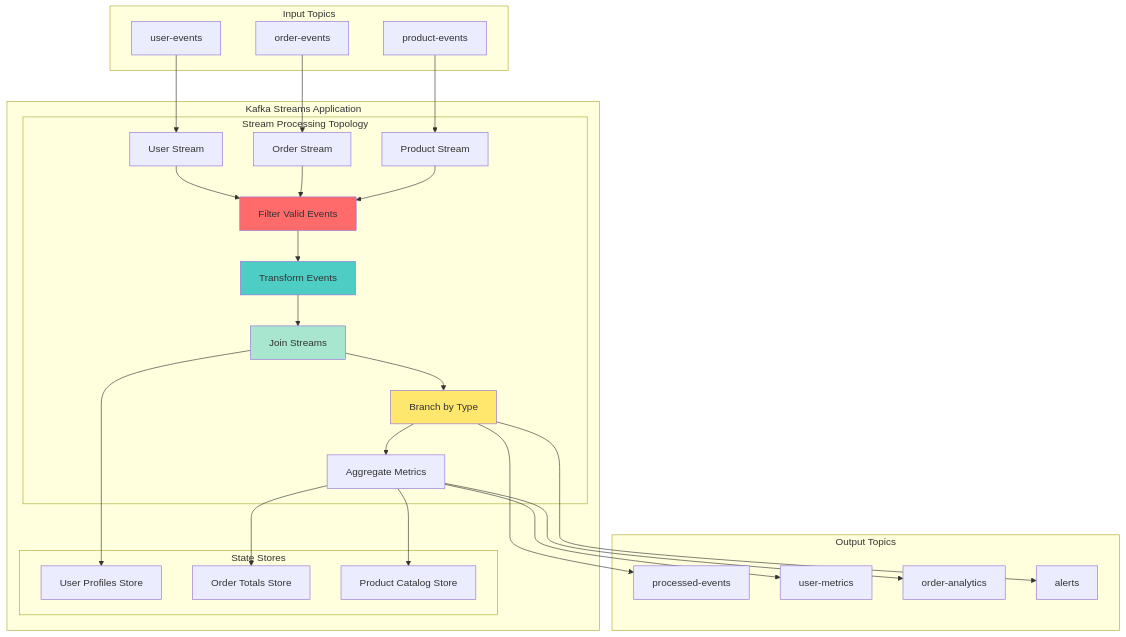
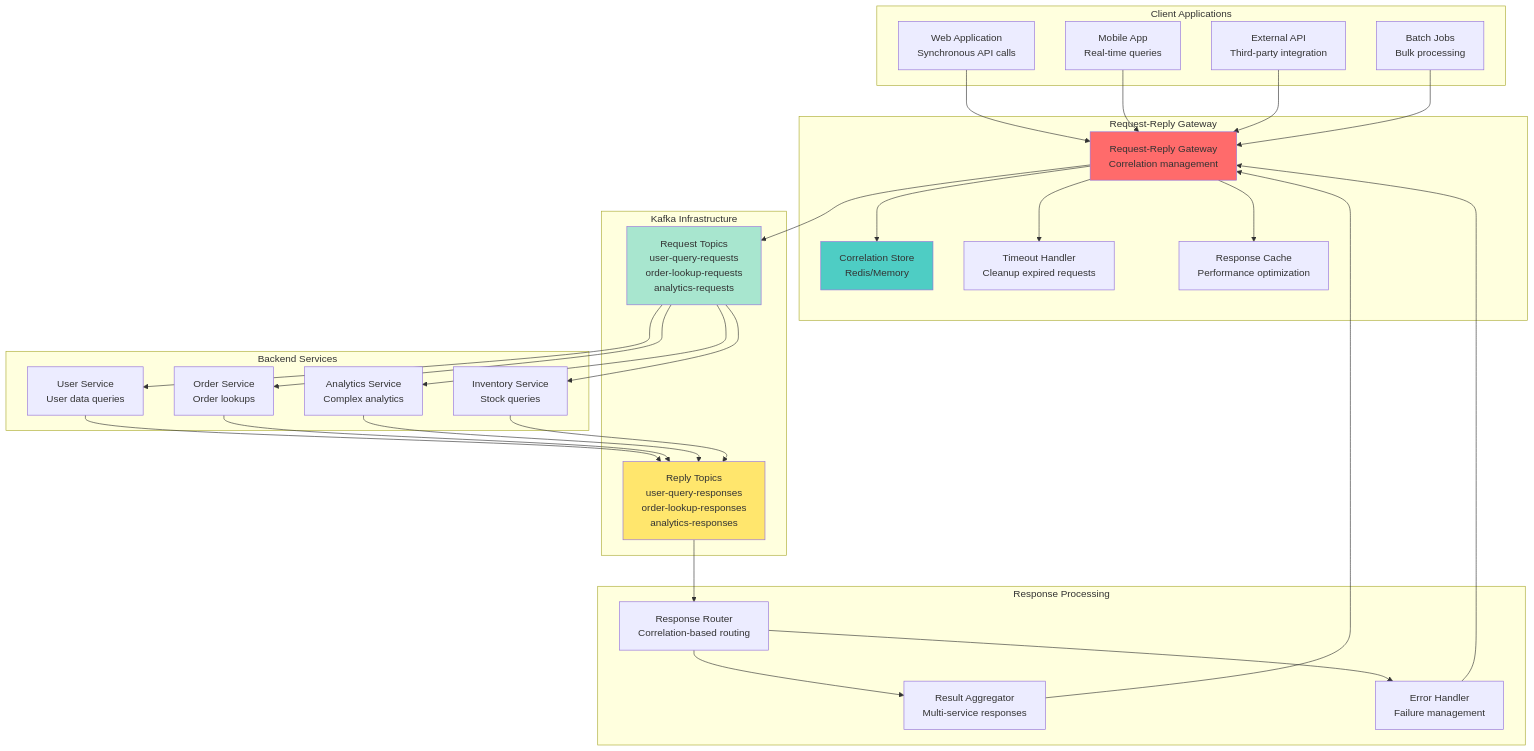
One commit to vorrawut/KafkaStarter changed the first of 3 diagrams in class/workshop/lesson_14/README.md. Above: the diagram before and after it, drawn with Mermaid. The commit also changed other lines of this file and 204 other files, not shown here.

````diff
--- a/class/workshop/lesson_14/README.md
+++ b/class/workshop/lesson_14/README.md
@@ -24,62 +24,66 @@
 ```mermaid
 graph TB
-    subgraph "Input Topics"
-        IT1[user-events]
-        IT2[order-events] 
-        IT3[product-events]
+    subgraph "Client Applications"
+        WEB[Web Application<br/>Synchronous API calls]
+        MOBILE[Mobile App<br/>Real-time queries]
+        API[External API<br/>Third-party integration]
+        BATCH[Batch Jobs<br/>Bulk processing]
     end
     
-    subgraph "Kafka Streams Application"
-        subgraph "Stream Processing Topology"
-            ST1[User Stream]
-            ST2[Order Stream]
-            ST3[Product Stream]
-            
-            FILTER[Filter Valid Events]
-            MAP[Transform Events]
-            JOIN[Join Streams]
-            BRANCH[Branch by Type]
-            AGGREGATE[Aggregate Metrics]
-        end
-        
-        subgraph "State Stores"
-            SS1[User Profiles Store]
-            SS2[Order Totals Store]
-            SS3[Product Catalog Store]
-        end
+    subgraph "Request-Reply Gateway"
+        GATEWAY[Request-Reply Gateway<br/>Correlation management]
+        CORRELATION[Correlation Store<br/>Redis/Memory]
+        TIMEOUT[Timeout Handler<br/>Cleanup expired requests]
+        RESPONSE_CACHE[Response Cache<br/>Performance optimization]
     end
     
-    subgraph "Output Topics"
-        OT1[processed-events]
-        OT2[user-metrics]
-        OT3[order-analytics]
-        OT4[alerts]
+    subgraph "Kafka Infrastructure"
+        REQUEST_TOPIC[Request Topics<br/>user-query-requests<br/>order-lookup-requests<br/>analytics-requests]
+        REPLY_TOPIC[Reply Topics<br/>user-query-responses<br/>order-lookup-responses<br/>analytics-responses]
     end
     
-    IT1 --> ST1
-    IT2 --> ST2
-    IT3 --> ST3
+    subgraph "Backend Services"
+        USER_SVC[User Service<br/>User data queries]
+        ORDER_SVC[Order Service<br/>Order lookups]
+        ANALYTICS_SVC[Analytics Service<br/>Complex analytics]
+        INVENTORY_SVC[Inventory Service<br/>Stock queries]
+    end
     
-    ST1 --> FILTER
-    ST2 --> FILTER
-    ST3 --> FILTER
+    subgraph "Response Processing"
+        RESPONSE_ROUTER[Response Router<br/>Correlation-based routing]
+        RESULT_AGGREGATOR[Result Aggregator<br/>Multi-service responses]
+        ERROR_HANDLER[Error Handler<br/>Failure management]
+    end
     
-    FILTER --> MAP
-    MAP --> JOIN
-    JOIN --> BRANCH
-    BRANCH --> AGGREGATE
+    WEB --> GATEWAY
+    MOBILE --> GATEWAY
+    API --> GATEWAY
+    BATCH --> GATEWAY
     
-    JOIN --> SS1
-    AGGREGATE --> SS2
-    AGGREGATE --> SS3
+    GATEWAY --> CORRELATION
+    GATEWAY --> TIMEOUT
+    GATEWAY --> RESPONSE_CACHE
     
-    BRANCH --> OT1
-    AGGREGATE --> OT2
-    AGGREGATE --> OT3
-    BRANCH --> OT4
+    GATEWAY --> REQUEST_TOPIC
+    REQUEST_TOPIC --> USER_SVC
+    REQUEST_TOPIC --> ORDER_SVC
+    REQUEST_TOPIC --> ANALYTICS_SVC
+    REQUEST_TOPIC --> INVENTORY_SVC
     
-    style FILTER fill:#ff6b6b
-    style MAP fill:#4ecdc4
-    style JOIN fill:#a8e6cf
-    style BRANCH fill:#ffe66d
+    USER_SVC --> REPLY_TOPIC
+    ORDER_SVC --> REPLY_TOPIC
+    ANALYTICS_SVC --> REPLY_TOPIC
+    INVENTORY_SVC --> REPLY_TOPIC
+    
+    REPLY_TOPIC --> RESPONSE_ROUTER
+    RESPONSE_ROUTER --> RESULT_AGGREGATOR
+    RESPONSE_ROUTER --> ERROR_HANDLER
+    
+    RESULT_AGGREGATOR --> GATEWAY
+    ERROR_HANDLER --> GATEWAY
+    
+    style GATEWAY fill:#ff6b6b
+    style CORRELATION fill:#4ecdc4
+    style REQUEST_TOPIC fill:#a8e6cf
+    style REPLY_TOPIC fill:#ffe66d
 ```
````
